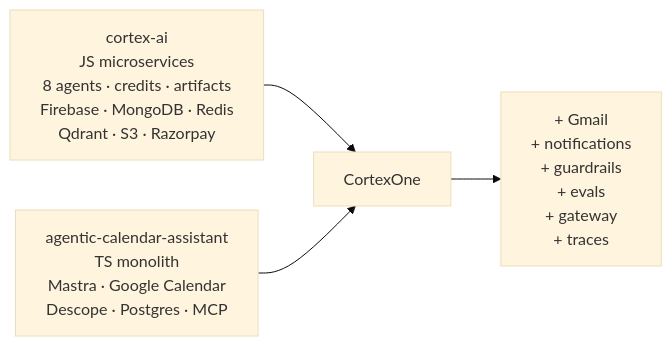
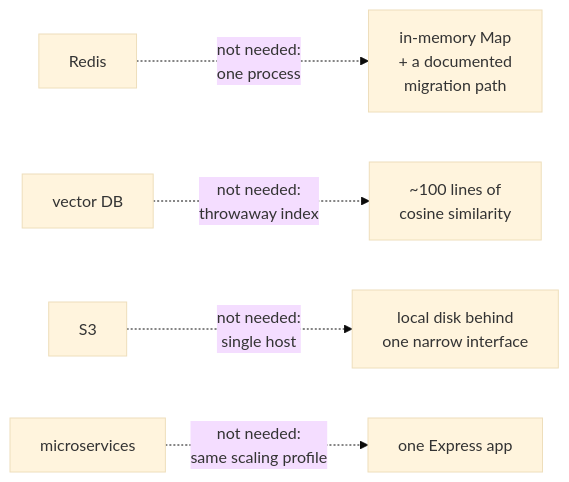
Before and after one commit to X-Rachit-X/AI_Secretary: the fourth of 4 diagrams in docs/01-OVERVIEW.md, drawn with Mermaid (base theme). The commit also changed other lines of this file and 48 other files, not shown here.

````diff
--- a/docs/01-OVERVIEW.md
+++ b/docs/01-OVERVIEW.md
@@ -200,9 +201,7 @@
 ```mermaid
 graph LR
-    A["cortex-ai<br/>JS microservices<br/>8 agents · credits · artifacts<br/>Firebase · MongoDB · Redis<br/>Qdrant · S3 · Razorpay"]
-    B["agentic-calendar-assistant<br/>TS monolith<br/>Mastra · Google Calendar<br/>Descope · Postgres · MCP"]
-
-    A --> C["CortexOne"]
-    B --> C
-    C --> D["+ Gmail<br/>+ notifications<br/>+ guardrails<br/>+ evals<br/>+ gateway<br/>+ traces"]
+    A["Redis"] -.->|"not needed:<br/>one process"| X["in-memory Map<br/>+ a documented<br/>migration path"]
+    B["vector DB"] -.->|"not needed:<br/>throwaway index"| Y["~100 lines of<br/>cosine similarity"]
+    C["S3"] -.->|"not needed:<br/>single host"| Z["local disk behind<br/>one narrow interface"]
+    D["microservices"] -.->|"not needed:<br/>same scaling profile"| W["one Express app"]
 ```
````
